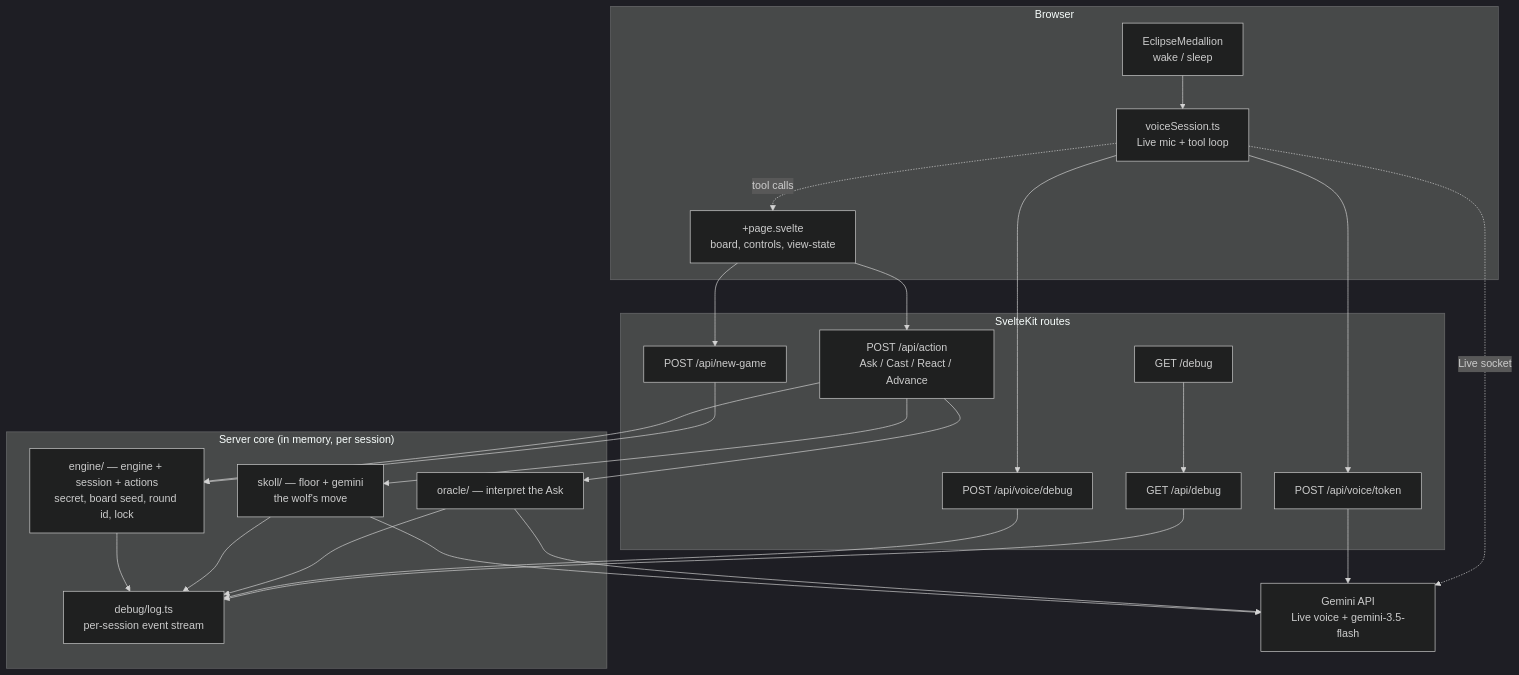
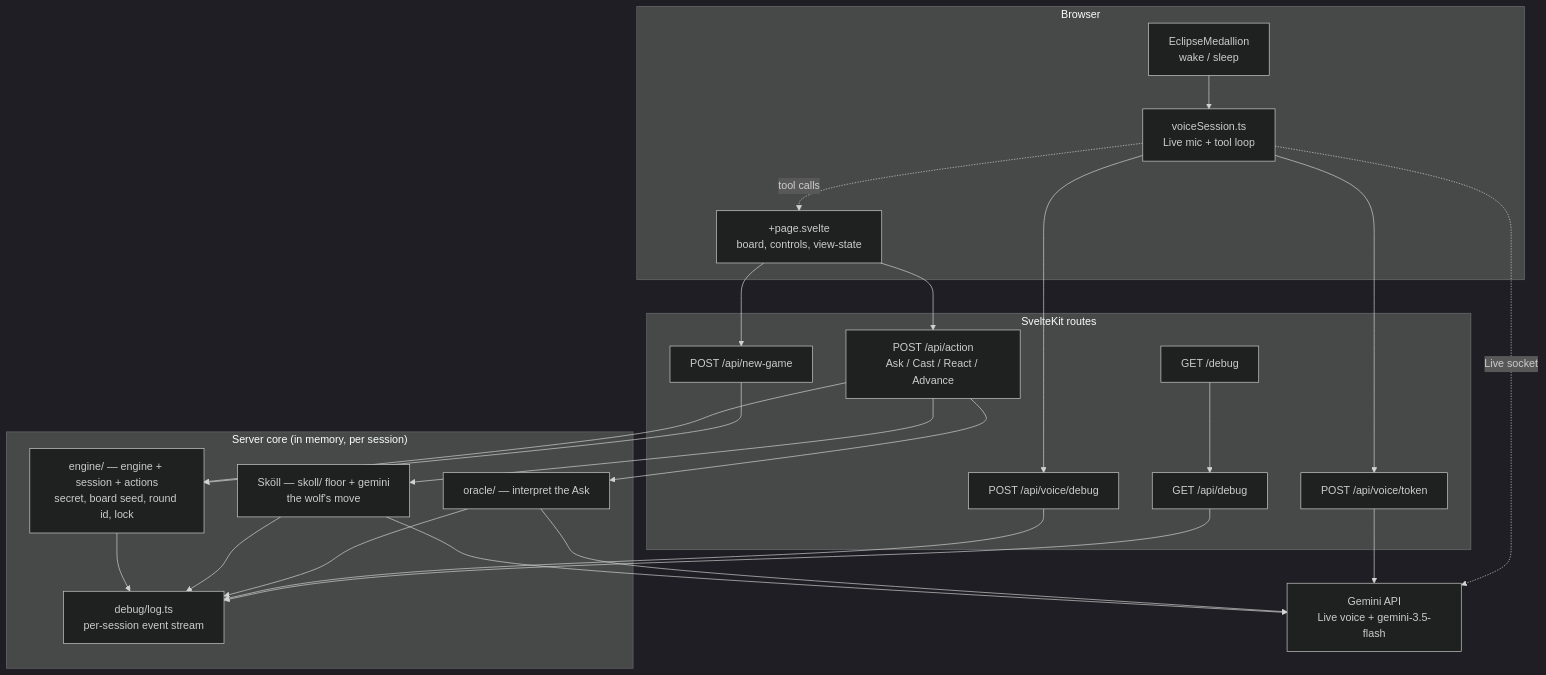
The first of 4 diagrams in docs/architecture.md (anchildress1/save-the-sun), drawn with Mermaid (dark theme) before and after one commit. The commit also changed other lines of this file, not shown here.

First line of the commit message:
docs: use Sköll consistently in architecture diagrams

````diff
--- a/docs/architecture.md
+++ b/docs/architecture.md
@@ -15,52 +15,52 @@
 ```mermaid
 flowchart TB
     accTitle: Save the Sun system overview
-    accDescr: The browser talks to SvelteKit routes, which call the in-memory server core and the Gemini API. The engine referees the round; Gemini interprets Asks, plays Skoll, and voices the Oracle.
+    accDescr: The browser talks to SvelteKit routes, which call the in-memory server core and the Gemini API. The engine referees the round; Gemini interprets Asks, plays Sköll, and voices the Oracle.
 
     subgraph Browser["Browser"]
         Page["+page.svelte<br/>board, controls, view-state"]
         Voice["voiceSession.ts<br/>Live mic + tool loop"]
         Medallion["EclipseMedallion<br/>wake / sleep"]
     end
 
     subgraph Routes["SvelteKit routes"]
         Action["POST /api/action<br/>Ask / Cast / React / Advance"]
         NewGame["POST /api/new-game"]
         Token["POST /api/voice/token"]
         VDebug["POST /api/voice/debug"]
         Debug["GET /api/debug"]
         DebugPage["GET /debug"]
     end
 
     subgraph Core["Server core (in memory, per session)"]
         Engine["engine/ — engine + session + actions<br/>secret, board seed, round id, lock"]
-        Skoll["skoll/ — floor + gemini<br/>the wolf's move"]
+        Skoll["Sköll — skoll/ floor + gemini<br/>the wolf's move"]
         Oracle["oracle/ — interpret the Ask"]
         Log["debug/log.ts<br/>per-session event stream"]
     end
 
     Gemini["Gemini API<br/>Live voice + gemini-3.5-flash"]
 
     Page --> Action
     Page --> NewGame
     Medallion --> Voice
     Voice --> Token
     Voice --> VDebug
     Voice -.tool calls.-> Page
     DebugPage --> Debug
 
     Action --> Engine
     Action --> Skoll
     Action --> Oracle
     NewGame --> Engine
     Token --> Gemini
     Skoll --> Gemini
     Oracle --> Gemini
     Voice -.Live socket.-> Gemini
 
     Engine --> Log
     Skoll --> Log
     Oracle --> Log
     VDebug --> Log
     Debug --> Log
 ```
````
